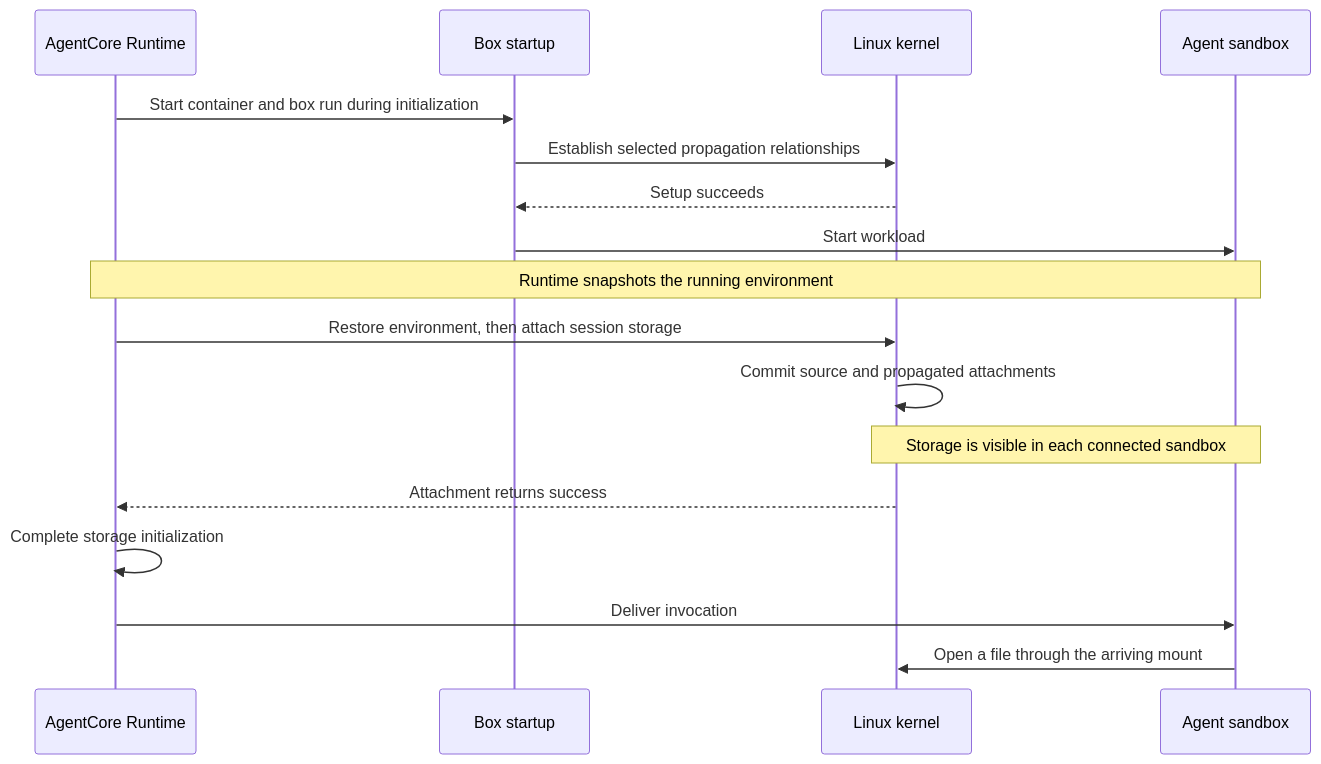
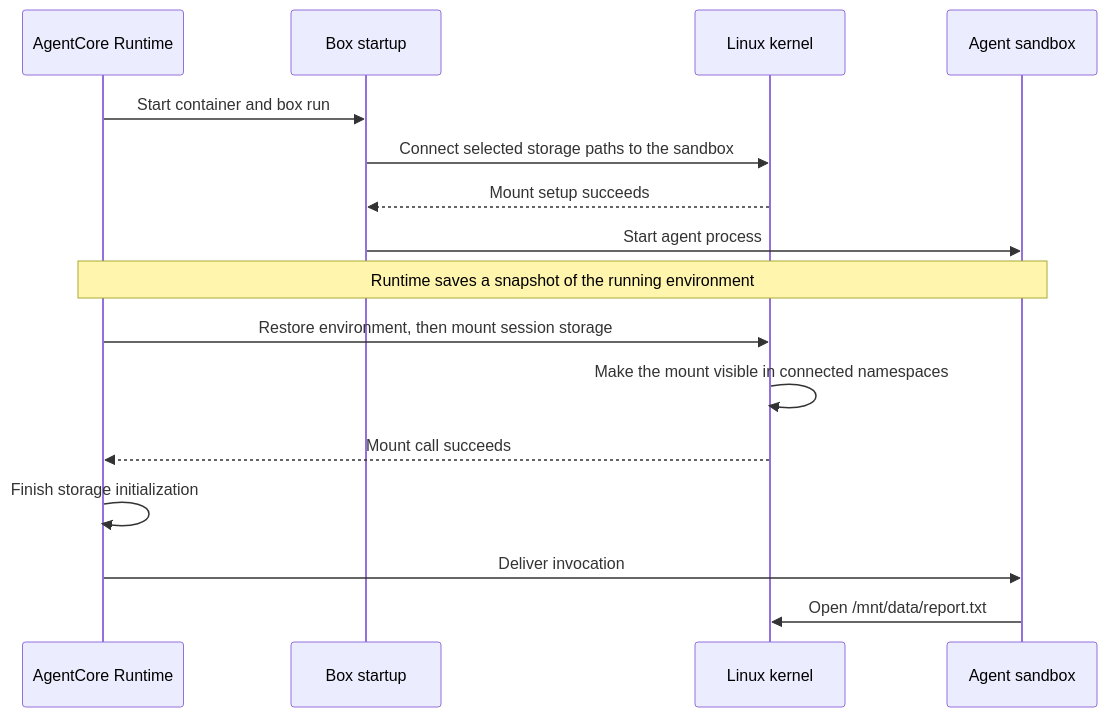
One commit to strands-agents/box changed the diagram in team/designs/0009-storage-mounts.md. Above: the diagram before and after it, drawn with Mermaid. The commit also changed other lines of this file, not shown here.

Commit message:
docs: clarify storage mount design and feedback

````diff
--- a/team/designs/0009-storage-mounts.md
+++ b/team/designs/0009-storage-mounts.md
@@ -125,19 +138,18 @@
 ```mermaid
 sequenceDiagram
     participant R as AgentCore Runtime
     participant B as Box startup
     participant K as Linux kernel
     participant A as Agent sandbox
-    R->>B: Start container and box run during initialization
-    B->>K: Establish selected propagation relationships
-    K-->>B: Setup succeeds
-    B->>A: Start workload
-    Note over R,A: Runtime snapshots the running environment
-    R->>K: Restore environment, then attach session storage
-    K->>K: Commit source and propagated attachments
-    Note over K,A: Storage is visible in each connected sandbox
-    K-->>R: Attachment returns success
-    R->>R: Complete storage initialization
+    R->>B: Start container and box run
+    B->>K: Connect selected storage paths to the sandbox
+    K-->>B: Mount setup succeeds
+    B->>A: Start agent process
+    Note over R,A: Runtime saves a snapshot of the running environment
+    R->>K: Restore environment, then mount session storage
+    K->>K: Make the mount visible in connected namespaces
+    K-->>R: Mount call succeeds
+    R->>R: Finish storage initialization
     R->>A: Deliver invocation
-    A->>K: Open a file through the arriving mount
+    A->>K: Open /mnt/data/report.txt
 ```
````
